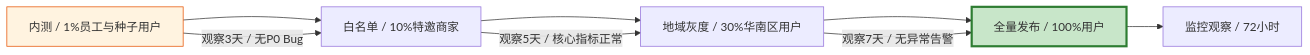
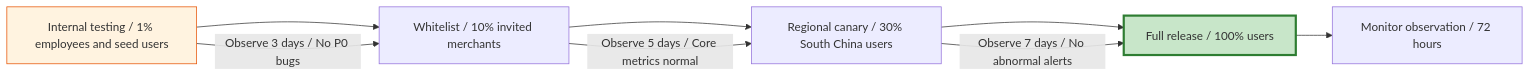
One commit to Kirky-X/cangjie changed diagram 11 of 11 in templates/产品/产品层/【模板】功能需求文档.md. Above: the diagram before and after it, drawn with Mermaid. The commit also changed other lines of this file and 60 other files, not shown here.

````diff
--- a/templates/产品/产品层/【模板】功能需求文档.md
+++ b/templates/产品/产品层/【模板】功能需求文档.md
@@ -686,14 +686,14 @@
 ```mermaid
 graph LR
-    A[内测 / 1%员工与种子用户] --> B[白名单 / 10%特邀商家]
-    B --> C[地域灰度 / 30%华南区用户]
-    C --> D[全量发布 / 100%用户]
-    D --> E[监控观察 / 72小时]
+    A[Internal testing / 1% employees and seed users] --> B[Whitelist / 10% invited merchants]
+    B --> C[Regional canary / 30% South China users]
+    C --> D[Full release / 100% users]
+    D --> E[Monitor observation / 72 hours]
 
-    A -->|观察3天 / 无P0 Bug| B
-    B -->|观察5天 / 核心指标正常| C
-    C -->|观察7天 / 无异常告警| D
+    A -->|Observe 3 days / No P0 bugs| B
+    B -->|Observe 5 days / Core metrics normal| C
+    C -->|Observe 7 days / No abnormal alerts| D
 
     style A fill:#fff3e0,stroke:#e65100
     style D fill:#c8e6c9,stroke:#2e7d32,stroke-width:3px
 ```
````
